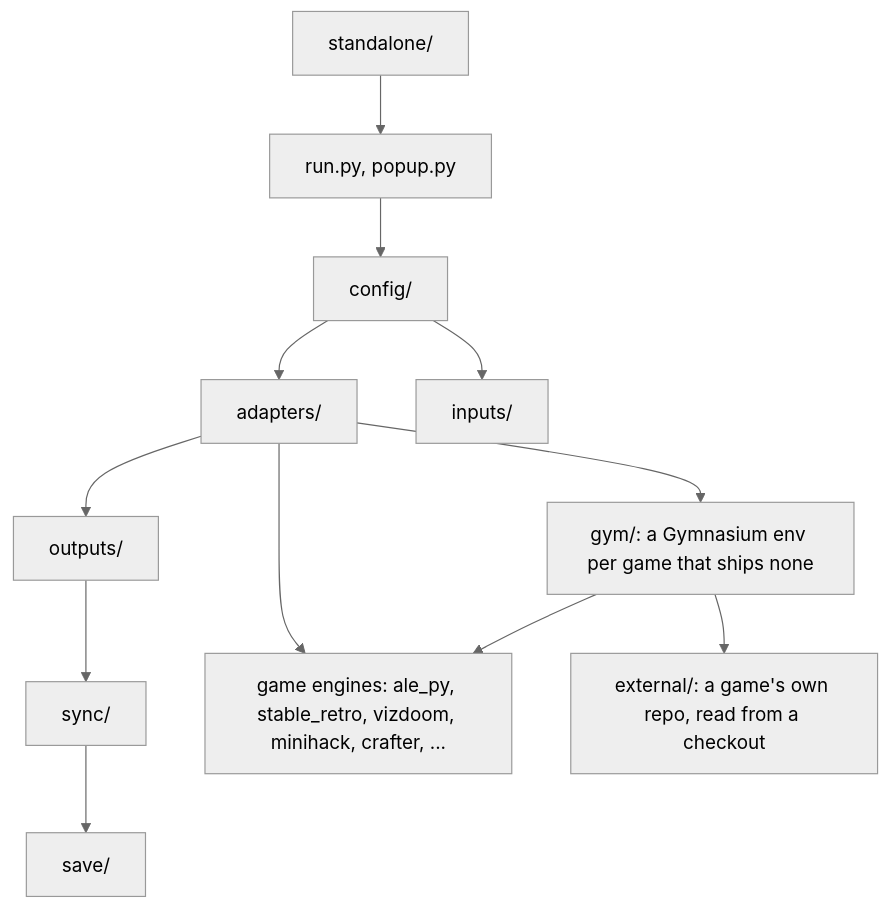
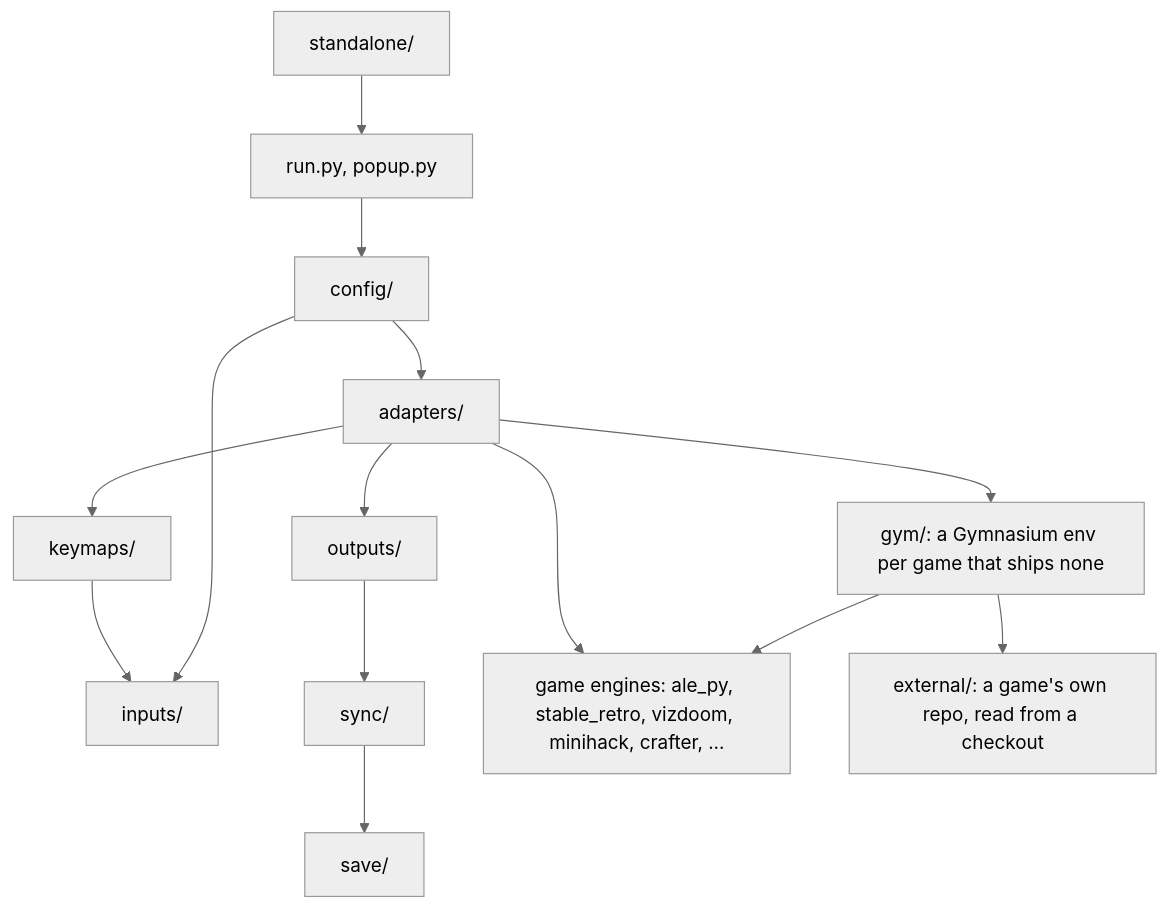
One commit to tomov/fmri-gym changed the first of 2 diagrams in docs/DEPENDENCIES.md. Above: the diagram before and after it, drawn with Mermaid (neutral theme). The commit also changed other lines of this file and 18 other files, not shown here.

````diff
--- a/docs/DEPENDENCIES.md
+++ b/docs/DEPENDENCIES.md
@@ -5,14 +5,16 @@
 ```mermaid
 flowchart TD
     standalone["standalone/"] --> runLayer["run.py, popup.py"]
     runLayer --> config["config/"]
     config --> adapters["adapters/"]
+    adapters --> keymaps["keymaps/"]
     adapters --> outputs["outputs/"]
+    keymaps --> inputs
     outputs --> sync["sync/"]
     sync --> save["save/"]
     config --> inputs["inputs/"]
     adapters --> engines["game engines: ale_py, stable_retro, vizdoom, minihack, crafter, ..."]
     adapters --> gymenvs["gym/: a Gymnasium env per game that ships none"]
     gymenvs --> engines
     gymenvs --> external["external/: a game's own repo, read from a checkout"]
 ```
````
